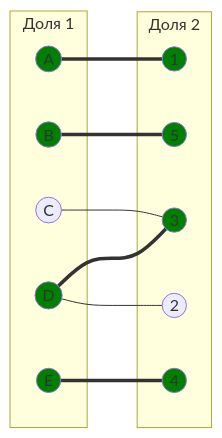
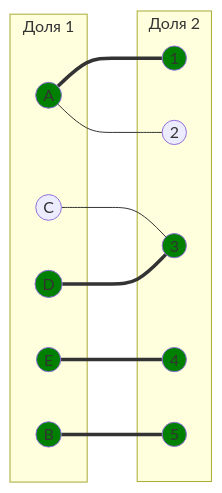
One commit to algos-ris-24-4/manual-tasks changed the second of 7 diagrams in Задание 8/crani.md. Above: the diagram before and after it, drawn with Mermaid. The commit also changed other lines of this file, not shown here.

````diff
--- a/Задание 8/crani.md
+++ b/Задание 8/crani.md
@@ -83,32 +82,32 @@
 ```mermaid
 graph LR
     subgraph "Доля 1"
         A((A))
         B((B))
         C((C))
         D((D))
         E((E))
     end
     subgraph "Доля 2"
         1((1))
         2((2))
         3((3))
         4((4))
         5((5))
     end
     A === 1
+    A --- 2
     B === 5
     C --- 3
     D === 3
-    D --- 2
     E === 4
 
     style A fill:#008000
     style B fill:#008000
     style D fill:#008000
     style E fill:#008000
     style 1 fill:#008000
     style 5 fill:#008000
     style 3 fill:#008000
     style 4 fill:#008000
 ```
````
